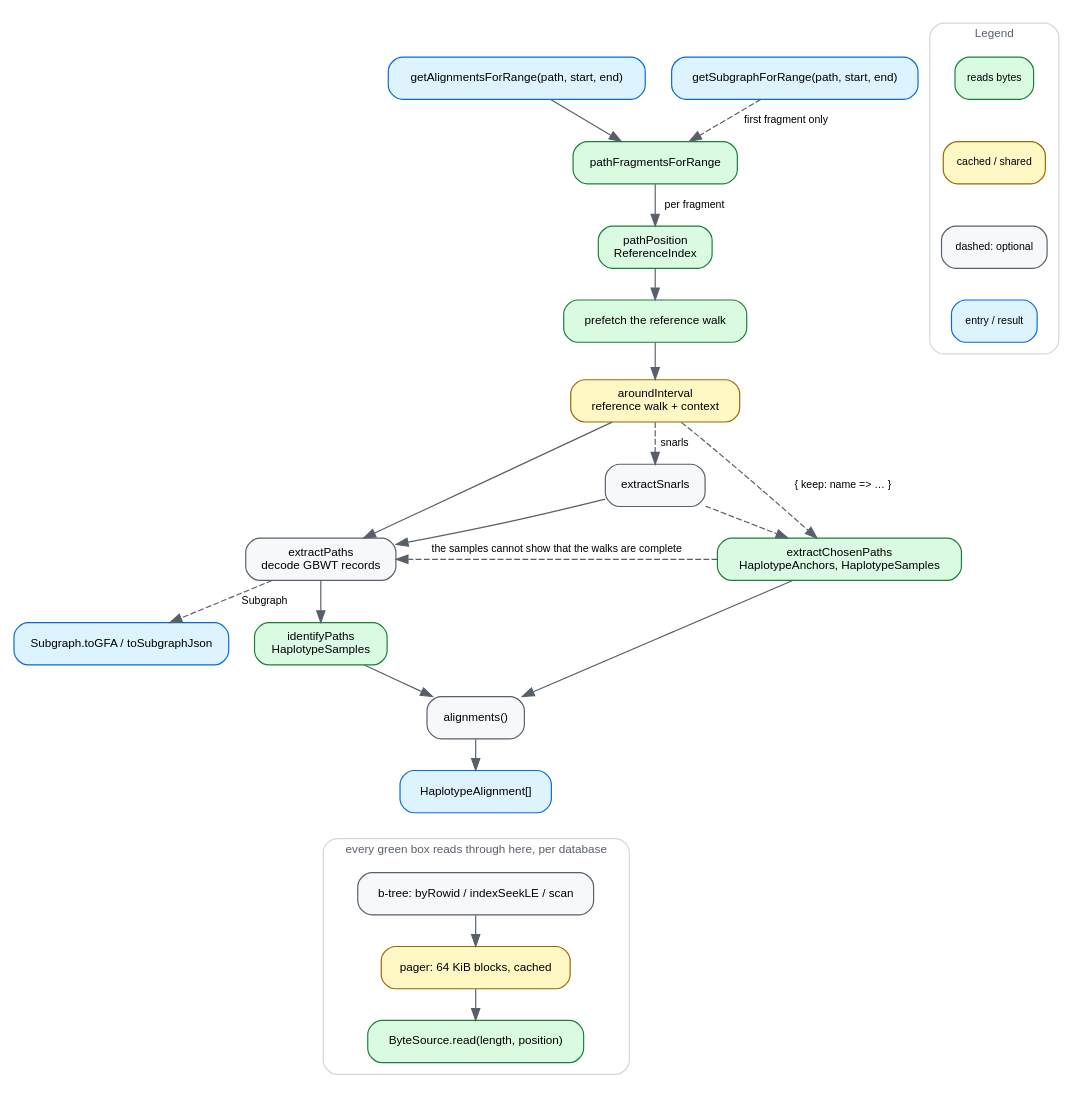
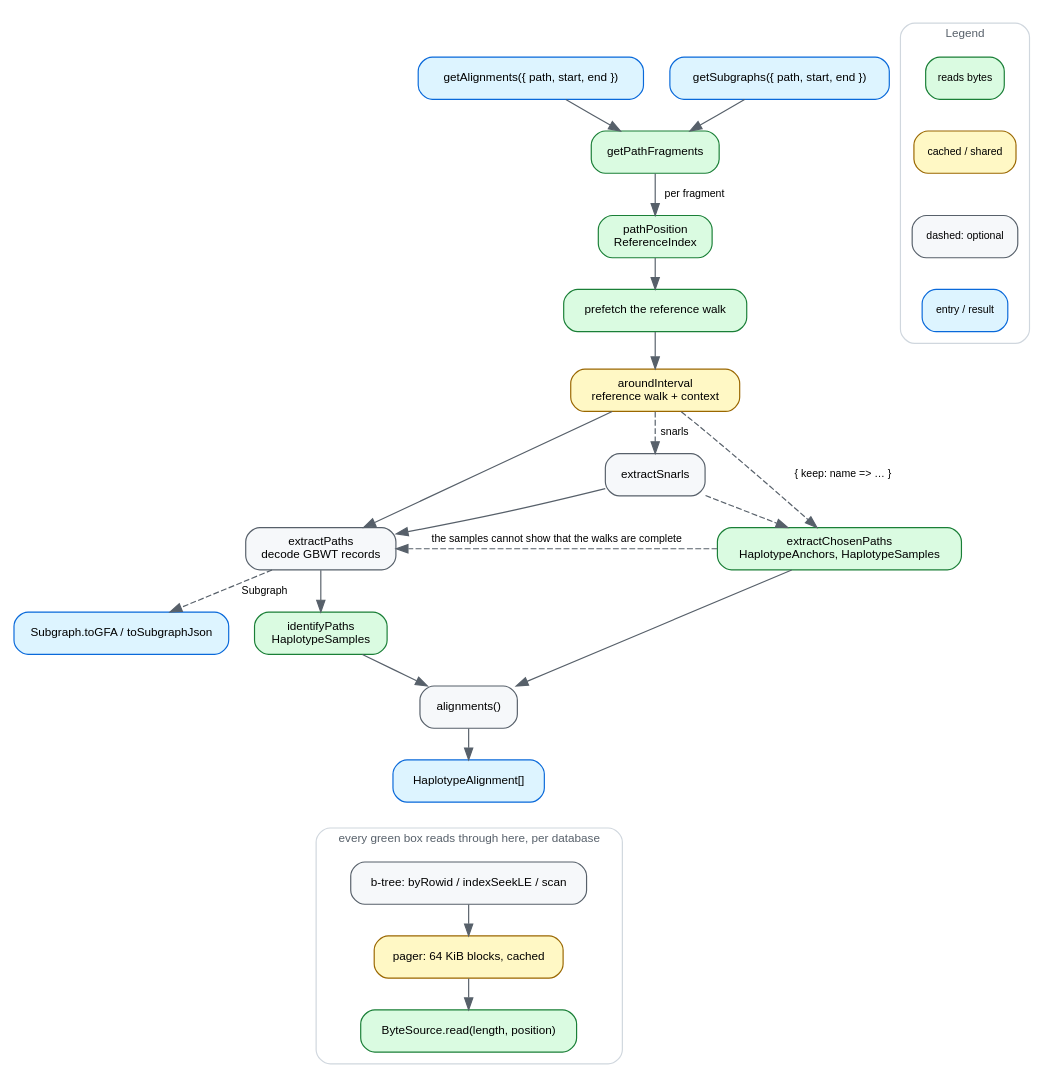
One commit to GMOD/gbz-base-js changed the diagram in docs/img/dataflow.dot. Above: the diagram before and after it, drawn with Graphviz. The commit also changed 2 other files, not shown here.

Commit message:
Docs: the data-flow diagram names the 6.0 methods; only interval queries set the limit error's window fields

```diff
--- a/docs/img/dataflow.dot
+++ b/docs/img/dataflow.dot
@@ -1,102 +1,102 @@
 // Source for docs/img/dataflow.svg, which docs/dataflow.md embeds.
 // Regenerate with: dot -Tsvg docs/img/dataflow.dot -o docs/img/dataflow.svg
 //
 // Deliberately the MAIN PATH only — the node and --between queries, snarl
 // extension and the fragment joining are described in dataflow.md instead. A
 // diagram that shows every branch stops being the thing you look at first.
 // The two identification routes ARE in, because which one a query takes is
 // the difference between reading a set of haplotypes and reading the graph.
 // Step labels stay to one or two words past the function name for the same
 // reason; dataflow.md carries the rest.
 //
-// Both entry points are drawn at the top. getSubgraphForRange used to be an
+// Both entry points are drawn at the top. getSubgraphs used to be an
 // edge label between extractPaths and the GFA box, which put the name of a
 // caller at the wrong end of the arrow — it reads as something extractPaths
 // calls. It enters where it really enters, and the arrow out of extractPaths
 // is labelled with what it hands back.
 //
 // The storage cluster hangs off nothing on purpose. Every green box reads
 // through it, and drawing those six edges buried the spine they cross.
 //
 // SYNC: ~/src/gmod/bam-js/docs/img/dataflow.dot — same palette, legend and
 // spine, and tabix-js, cram-js and hic share them too. The orange "wasm" and
 // purple "off the main thread" entries of that legend are absent here rather
 // than restyled: nothing in this reader is wasm (docs/internals.md#why-not-webassembly is why)
 // and it puts nothing on a thread of its own — JBrowse runs the whole thing
 // in an RPC worker instead. The blue "entry / result" entry is this diagram's
 // own addition: the siblings have one entry point and can leave the mark to
 // position, and this one has two.
 digraph gbzbasejs {
   rankdir=TB
   bgcolor="white"
   nodesep=0.3
   ranksep=0.36
   node [shape=box style="filled,rounded" fillcolor="#f6f8fa" color="#57606a"
         fontname="Helvetica" fontsize=10 margin="0.14,0.07"]
   edge [color="#57606a" fontname="Helvetica" fontsize=9]
 
-  query    [label="getAlignmentsForRange(path, start, end)" fillcolor="#ddf4ff" color="#0969da"]
-  frags    [label="pathFragmentsForRange" fillcolor="#dafbe1" color="#1a7f37"]
+  query    [label="getAlignments({ path, start, end })" fillcolor="#ddf4ff" color="#0969da"]
+  frags    [label="getPathFragments" fillcolor="#dafbe1" color="#1a7f37"]
   pos      [label="pathPosition\nReferenceIndex" fillcolor="#dafbe1" color="#1a7f37"]
   prefetch [label="prefetch the reference walk" fillcolor="#dafbe1" color="#1a7f37"]
   walk     [label="aroundInterval\nreference walk + context" fillcolor="#fff8c5" color="#9a6700"]
   snarls   [label="extractSnarls"]
   extract  [label="extractPaths\ndecode GBWT records"]
   keep     [label="extractChosenPaths\nHaplotypeAnchors, HaplotypeSamples" fillcolor="#dafbe1" color="#1a7f37"]
   sampled  [label="identifyPaths\nHaplotypeSamples" fillcolor="#dafbe1" color="#1a7f37"]
   align    [label="alignments()"]
   out      [label="HaplotypeAlignment[]" fillcolor="#ddf4ff" color="#0969da"]
-  sub      [label="getSubgraphForRange(path, start, end)" fillcolor="#ddf4ff" color="#0969da"]
+  sub      [label="getSubgraphs({ path, start, end })" fillcolor="#ddf4ff" color="#0969da"]
   gfa      [label="Subgraph.toGFA / toSubgraphJson" fillcolor="#ddf4ff" color="#0969da"]
 
   query -> frags
-  sub -> frags [style=dashed label=" first fragment only "]
+  sub -> frags
   frags -> pos [label=" per fragment "]
   pos -> prefetch
   prefetch -> walk
   walk -> snarls [style=dashed label=" snarls "]
   walk -> extract
   snarls -> extract
   walk -> keep [style=dashed label=" { keep: name => … } "]
   snarls -> keep [style=dashed]
   extract -> sampled [weight=6]
   keep -> align
   sampled -> align
   keep -> extract [style=dashed label=" the samples cannot show that the walks are complete " constraint=false]
   align -> out [weight=10]
   extract -> gfa [style=dashed label=" Subgraph " weight=0]
 
   subgraph cluster_store {
     label="every green box reads through here, per database"
     labelloc="t"
     fontname="Helvetica"
     fontsize=10
     fontcolor="#57606a"
     color="#d0d7de"
     style="rounded"
     margin=10
     btree [label="b-tree: byRowid / indexSeekLE / scan"]
     pager [label="pager: 64 KiB blocks, cached" fillcolor="#fff8c5" color="#9a6700"]
     source [label="ByteSource.read(length, position)" fillcolor="#dafbe1" color="#1a7f37"]
     btree -> pager -> source
   }
 
   out -> btree [style=invis weight=10]
 
   subgraph cluster_legend {
     label="Legend"
     labelloc="t"
     fontname="Helvetica"
     fontsize=10
     fontcolor="#57606a"
     color="#d0d7de"
     style="rounded"
     margin=10
     node [shape=box style="filled,rounded" fontsize=9 margin="0.1,0.04"]
     l1 [label="reads bytes" fillcolor="#dafbe1" color="#1a7f37"]
     l2 [label="cached / shared" fillcolor="#fff8c5" color="#9a6700"]
     l3 [label="dashed: optional" fillcolor="#f6f8fa" color="#57606a"]
     l4 [label="entry / result" fillcolor="#ddf4ff" color="#0969da"]
     l1 -> l2 -> l3 -> l4 [style=invis constraint=true]
   }
 }
```
